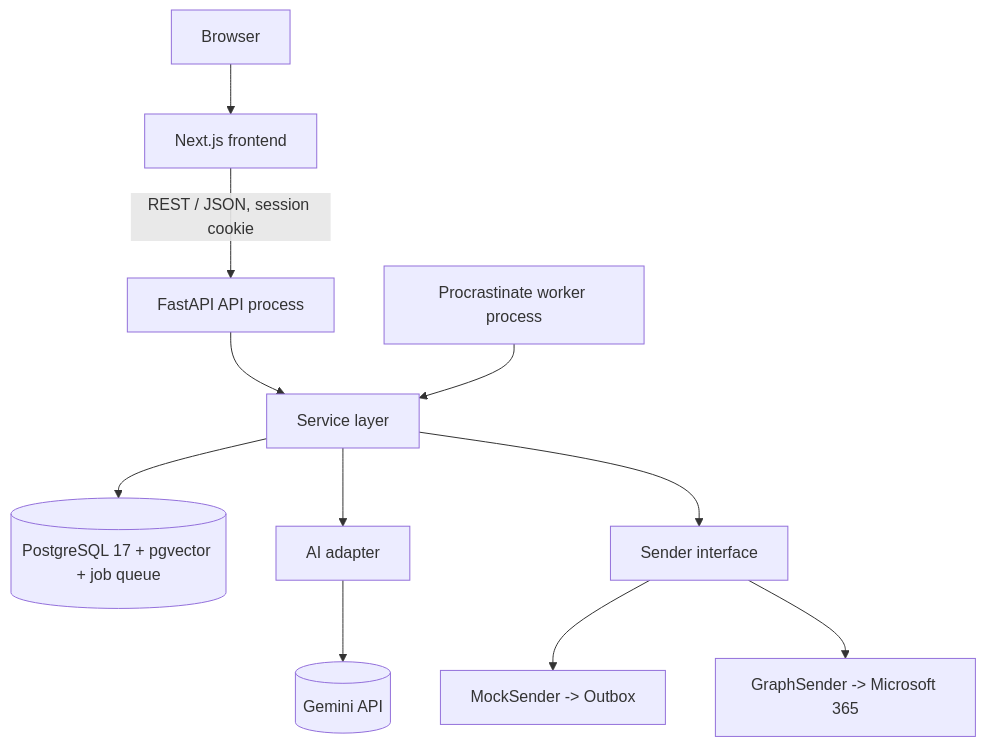
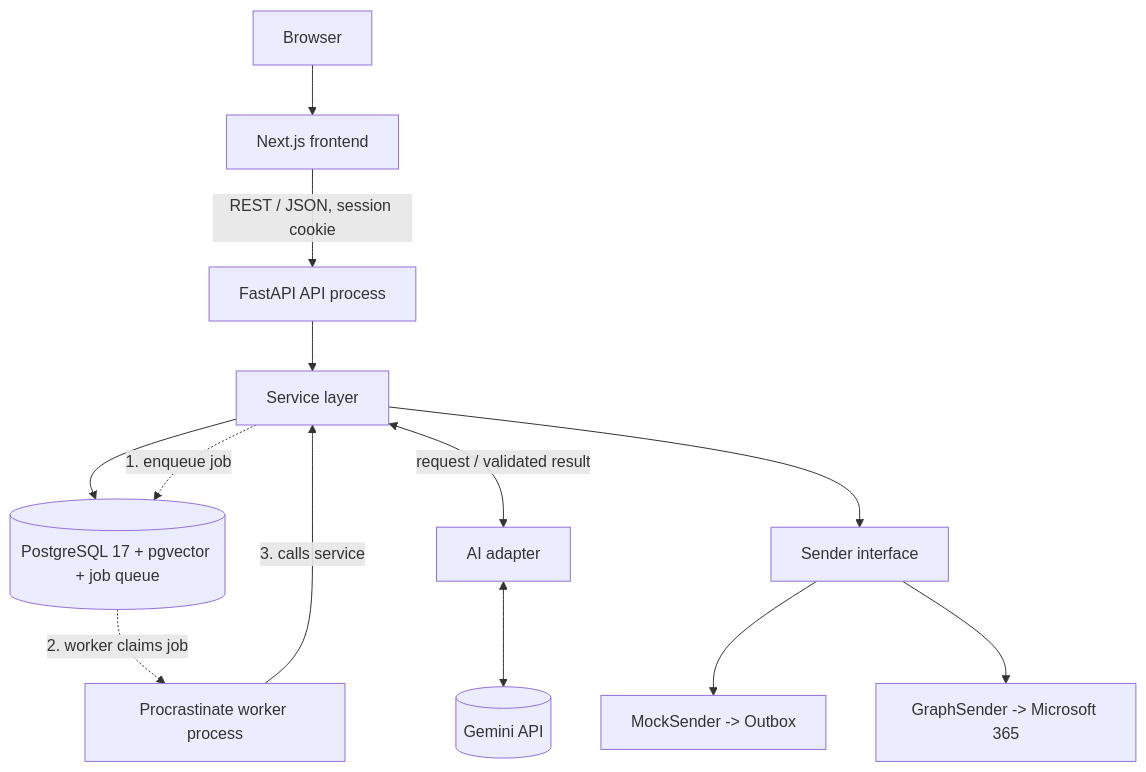
The first of 3 diagrams in ARCHITECTURE.md (omalphaleo/BD-ASSISTENT), drawn with Mermaid before and after one commit. The commit also changed other lines of this file and 1 other file, not shown here.

Commit message:
changes done in md files

````diff
--- a/ARCHITECTURE.md
+++ b/ARCHITECTURE.md
@@ -9,12 +9,15 @@
 ```mermaid
 flowchart TB
   BR[Browser] --> FE[Next.js frontend]
   FE -->|REST / JSON, session cookie| API[FastAPI API process]
   API --> SVC[Service layer]
-  W[Procrastinate worker process] --> SVC
   SVC --> DB[(PostgreSQL 17 + pgvector + job queue)]
-  SVC --> AI[AI adapter] --> GEM[(Gemini API)]
+  SVC -.->|1. enqueue job| DB
+  DB -.->|2. worker claims job| W[Procrastinate worker process]
+  W -->|3. calls service| SVC
+  SVC <-->|request / validated result| AI[AI adapter]
+  AI <--> GEM[(Gemini API)]
   SVC --> SND[Sender interface]
   SND --> MOCK[MockSender -> Outbox]
   SND --> GRAPH[GraphSender -> Microsoft 365]
 ```
````
